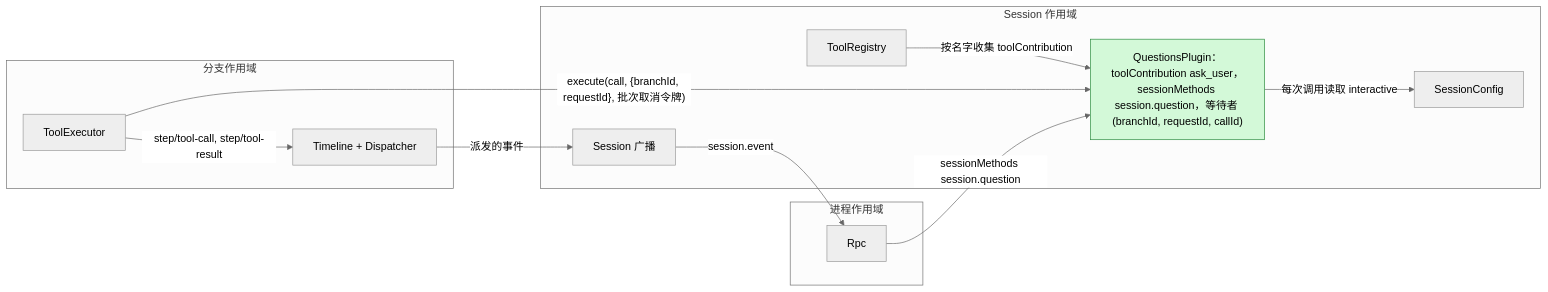
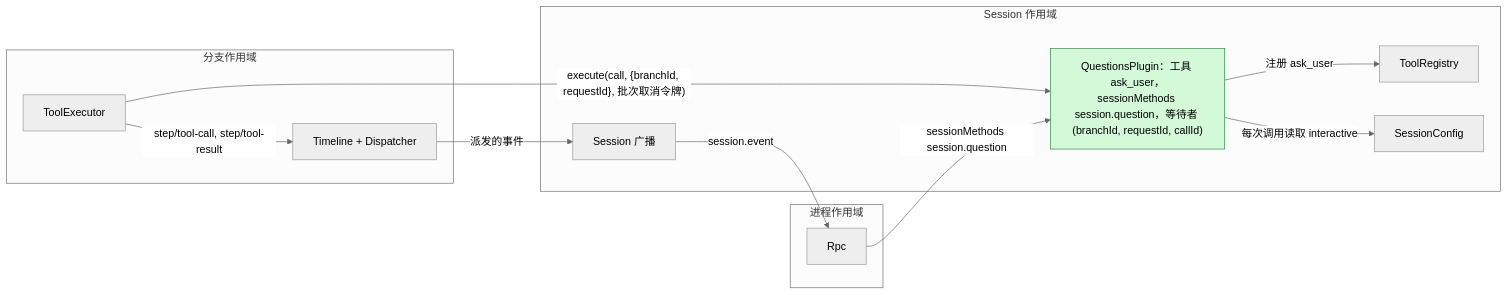
The first of 4 diagrams in docs/zh/design/plugins/Questions.md (CoutinhoTTS/dim-agent), drawn with Mermaid (neutral theme) before and after one commit. The commit also changed other lines of this file and 101 other files, not shown here.

````diff
--- a/docs/zh/design/plugins/Questions.md
+++ b/docs/zh/design/plugins/Questions.md
@@ -21,24 +21,24 @@
 ```mermaid
 flowchart LR
   subgraph P["进程作用域"]
     RPC["Rpc"]
   end
   subgraph S["Session 作用域"]
-    QS["QuestionsPlugin：toolContribution ask_user，sessionMethods session.question，等待者 (branchId, requestId, callId)"]:::new
+    QS["QuestionsPlugin：工具 ask_user，sessionMethods session.question，等待者 (branchId, requestId, callId)"]:::new
     TR["ToolRegistry"]
     CFG["SessionConfig"]
     SB["Session 广播"]
   end
   subgraph B["分支作用域"]
     TE["ToolExecutor"]
     TL["Timeline + Dispatcher"]
   end
-  TR -- "按名字收集 toolContribution" --> QS
+  QS -- "注册 ask_user" --> TR
   TE -- "execute(call, {branchId, requestId}, 批次取消令牌)" --> QS
   RPC -- "sessionMethods session.question" --> QS
   QS -- "每次调用读取 interactive" --> CFG
   TE -- "step/tool-call, step/tool-result" --> TL
   TL -- "派发的事件" --> SB
   SB -- "session.event" --> RPC
   classDef new fill:#d3f9d8,stroke:#2b8a3e,color:#000
 ```
````
